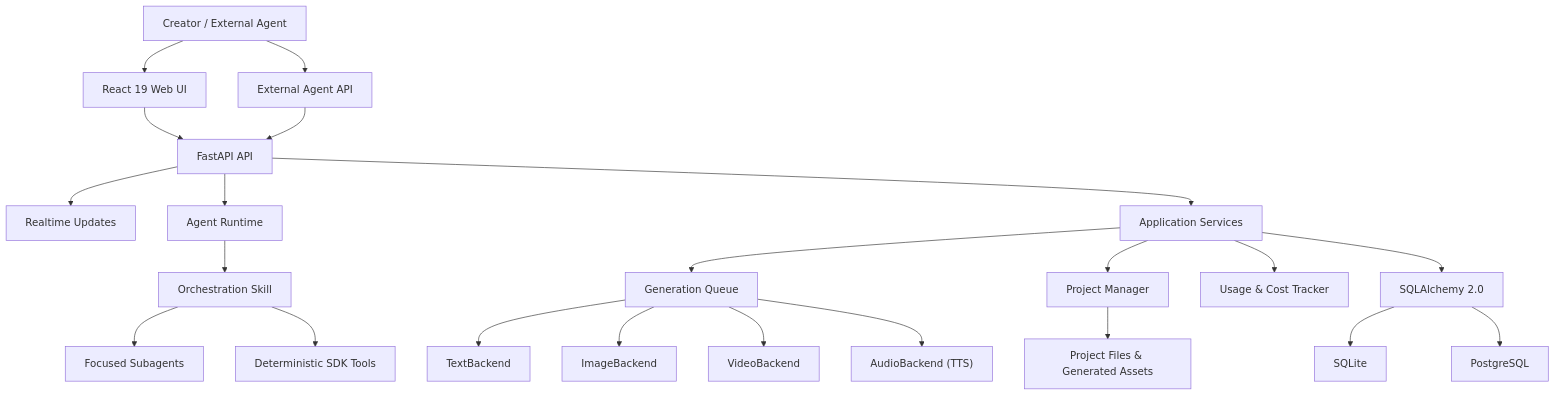
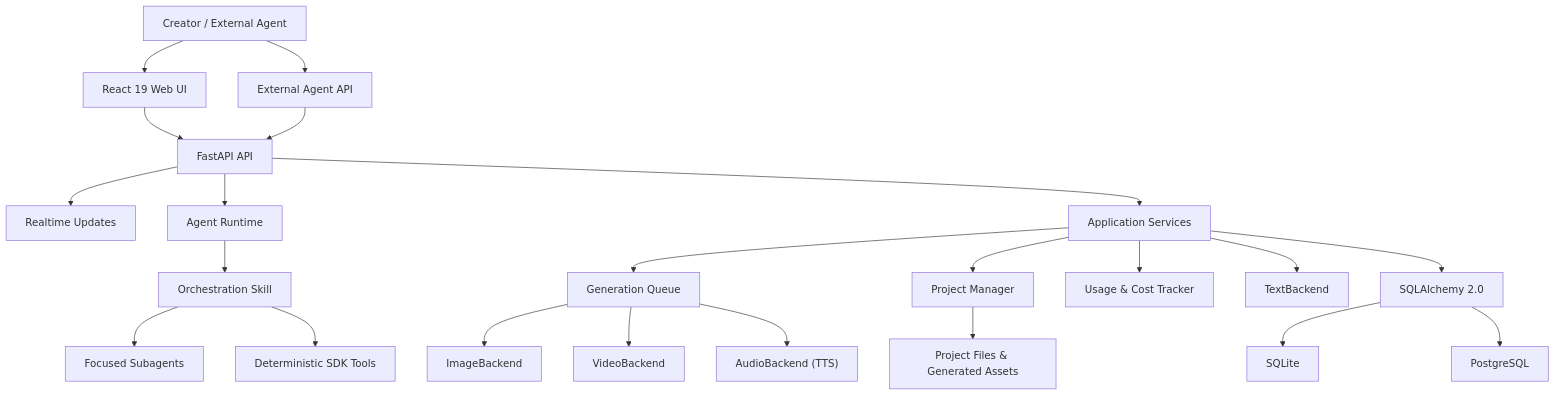
The first of 3 diagrams in docs/architecture.md (ArcReel/ArcReel), drawn with Mermaid before and after one commit. The commit also changed 1 other file, not shown here.

Commit message:
docs: 修正队列与广告配音说明

````diff
--- a/docs/architecture.md
+++ b/docs/architecture.md
@@ -21,30 +21,30 @@
 ```mermaid
 flowchart TB
     USER["Creator / External Agent"] --> UI["React 19 Web UI"]
     USER --> EXT["External Agent API"]
 
     UI --> API["FastAPI API"]
     EXT --> API
 
     API --> SSE["Realtime Updates"]
     API --> AGENT["Agent Runtime"]
     API --> SERVICES["Application Services"]
 
     AGENT --> ORCH["Orchestration Skill"]
     ORCH --> SUB["Focused Subagents"]
     ORCH --> TOOLS["Deterministic SDK Tools"]
 
     SERVICES --> QUEUE["Generation Queue"]
     SERVICES --> PROJECTS["Project Manager"]
     SERVICES --> USAGE["Usage & Cost Tracker"]
 
-    QUEUE --> TEXT["TextBackend"]
+    SERVICES --> TEXT["TextBackend"]
     QUEUE --> IMAGE["ImageBackend"]
     QUEUE --> VIDEO["VideoBackend"]
     QUEUE --> TTS["AudioBackend (TTS)"]
 
     PROJECTS --> FILES["Project Files & Generated Assets"]
     SERVICES --> ORM["SQLAlchemy 2.0"]
     ORM --> SQLITE["SQLite"]
     ORM --> PG["PostgreSQL"]
 ```
````
